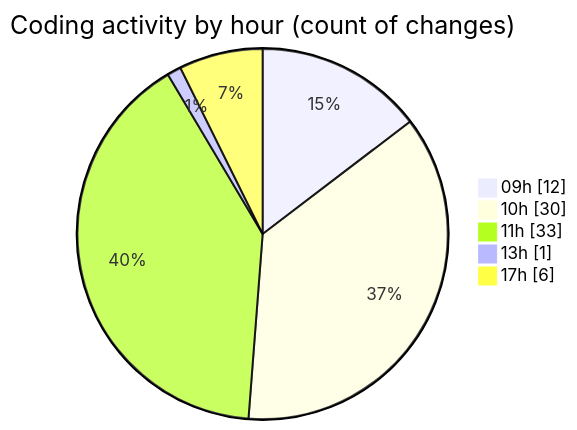
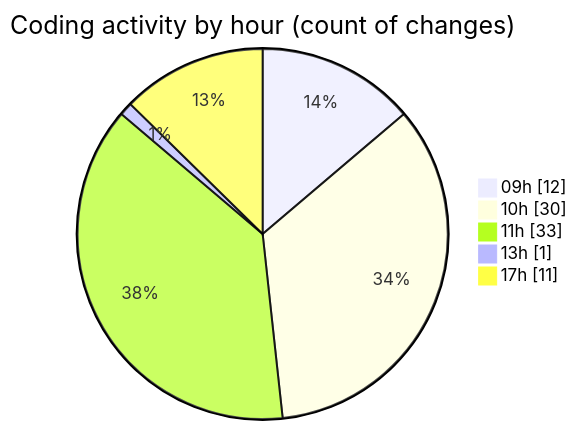
The second of 2 diagrams in 2025-02-06/cda/README.md (momahboobian/code-tracking), drawn with Mermaid before and after one commit. The commit also changed other lines of this file and 1 other file, not shown here.

````diff
--- a/2025-02-06/cda/README.md
+++ b/2025-02-06/cda/README.md
@@ -36,9 +36,9 @@
 ```mermaid
 pie showData
 title Coding activity by hour (count of changes)
 "09h" : 12
 "10h" : 30
 "11h" : 33
 "13h" : 1
-"17h" : 6
+"17h" : 11
 ```
````
